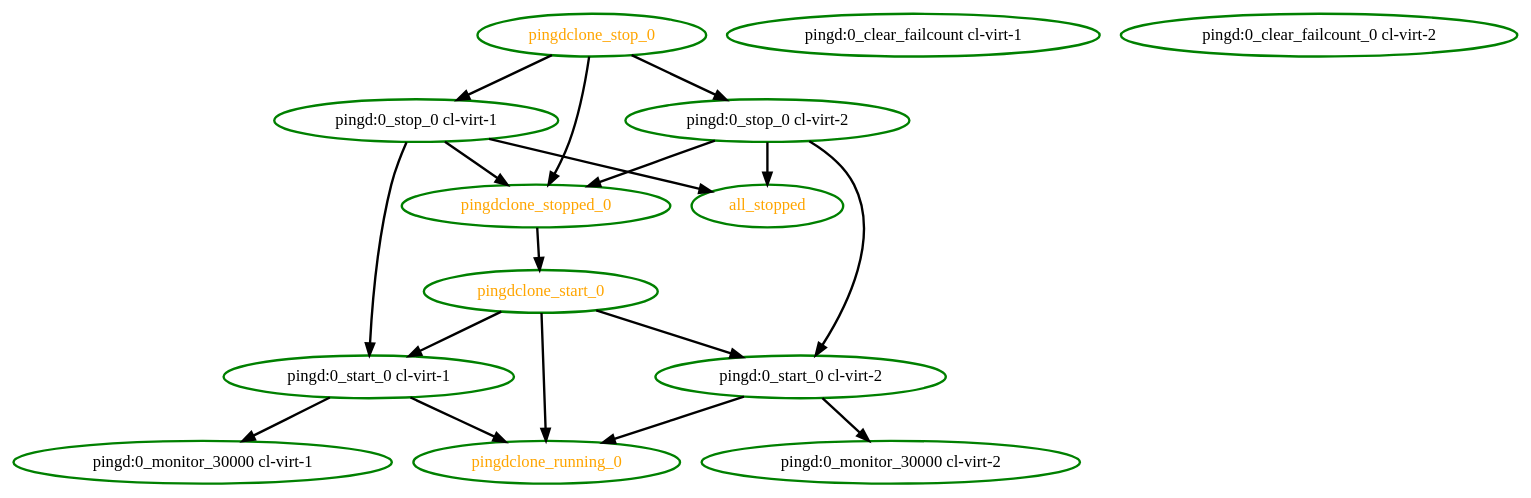
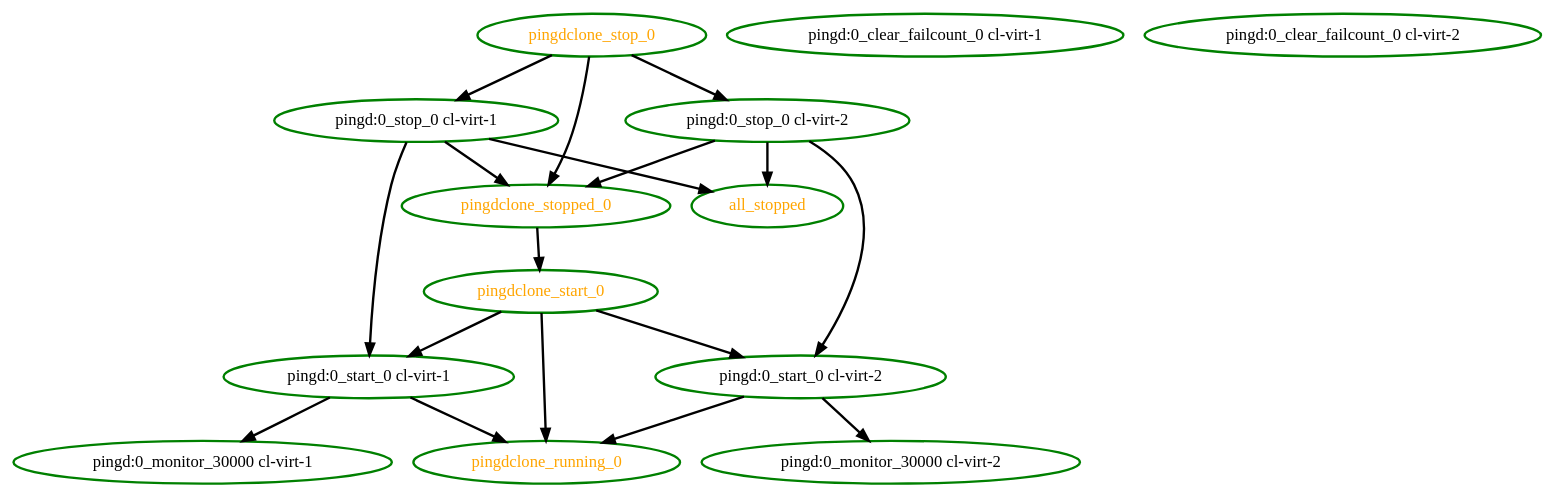
The diagram in pengine/test10/bug-lf-2106.dot (ClusterLabs/pacemaker), drawn with Graphviz before and after one commit. The commit also changed 14 other files, not shown here.

```diff
--- a/pengine/test10/bug-lf-2106.dot
+++ b/pengine/test10/bug-lf-2106.dot
@@ -1,32 +1,32 @@
 digraph "g" {
 "all_stopped" [ style=bold color="green" fontcolor="orange" ]
-"pingd:0_clear_failcount cl-virt-1" [ style=bold color="green" fontcolor="black" ]
+"pingd:0_clear_failcount_0 cl-virt-1" [ style=bold color="green" fontcolor="black"]
 "pingd:0_clear_failcount_0 cl-virt-2" [ style=bold color="green" fontcolor="black"]
 "pingd:0_monitor_30000 cl-virt-1" [ style=bold color="green" fontcolor="black" ]
 "pingd:0_monitor_30000 cl-virt-2" [ style=bold color="green" fontcolor="black"]
 "pingd:0_start_0 cl-virt-1" -> "pingd:0_monitor_30000 cl-virt-1" [ style = bold]
 "pingd:0_start_0 cl-virt-1" -> "pingdclone_running_0" [ style = bold]
 "pingd:0_start_0 cl-virt-1" [ style=bold color="green" fontcolor="black" ]
 "pingd:0_start_0 cl-virt-2" -> "pingd:0_monitor_30000 cl-virt-2" [ style = bold]
 "pingd:0_start_0 cl-virt-2" -> "pingdclone_running_0" [ style = bold]
 "pingd:0_start_0 cl-virt-2" [ style=bold color="green" fontcolor="black"]
 "pingd:0_stop_0 cl-virt-1" -> "all_stopped" [ style = bold]
 "pingd:0_stop_0 cl-virt-1" -> "pingd:0_start_0 cl-virt-1" [ style = bold]
 "pingd:0_stop_0 cl-virt-1" -> "pingdclone_stopped_0" [ style = bold]
 "pingd:0_stop_0 cl-virt-1" [ style=bold color="green" fontcolor="black" ]
 "pingd:0_stop_0 cl-virt-2" -> "all_stopped" [ style = bold]
 "pingd:0_stop_0 cl-virt-2" -> "pingd:0_start_0 cl-virt-2" [ style = bold]
 "pingd:0_stop_0 cl-virt-2" -> "pingdclone_stopped_0" [ style = bold]
 "pingd:0_stop_0 cl-virt-2" [ style=bold color="green" fontcolor="black"]
 "pingdclone_running_0" [ style=bold color="green" fontcolor="orange" ]
 "pingdclone_start_0" -> "pingd:0_start_0 cl-virt-1" [ style = bold]
 "pingdclone_start_0" -> "pingd:0_start_0 cl-virt-2" [ style = bold]
 "pingdclone_start_0" -> "pingdclone_running_0" [ style = bold]
 "pingdclone_start_0" [ style=bold color="green" fontcolor="orange" ]
 "pingdclone_stop_0" -> "pingd:0_stop_0 cl-virt-1" [ style = bold]
 "pingdclone_stop_0" -> "pingd:0_stop_0 cl-virt-2" [ style = bold]
 "pingdclone_stop_0" -> "pingdclone_stopped_0" [ style = bold]
 "pingdclone_stop_0" [ style=bold color="green" fontcolor="orange" ]
 "pingdclone_stopped_0" -> "pingdclone_start_0" [ style = bold]
 "pingdclone_stopped_0" [ style=bold color="green" fontcolor="orange" ]
 }
```
